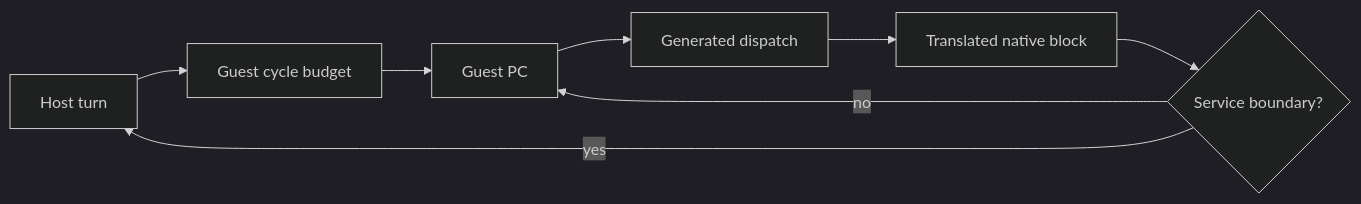
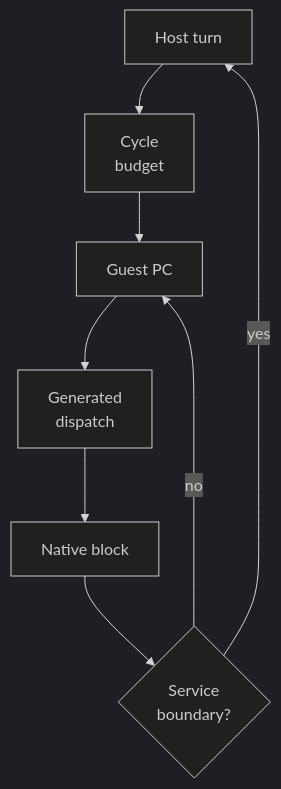
One commit to Aelbannan/boat_of_daphnes changed the second of 2 diagrams in docs/architecture/runtime/GameModule.md. Above: the diagram before and after it, drawn with Mermaid (dark theme). The commit also changed other lines of this file and 6 other files, not shown here.

Commit message:
docs: prevent runtime diagram truncation

````diff
--- a/docs/architecture/runtime/GameModule.md
+++ b/docs/architecture/runtime/GameModule.md
@@ -60,13 +60,13 @@
 ```mermaid
-flowchart LR
+flowchart TD
     Host["Host turn"]
-    Budget["Guest cycle budget"]
+    Budget["Cycle<br/>budget"]
     PC["Guest PC"]
-    Dispatch["Generated dispatch"]
-    Native["Translated native block"]
-    Boundary{"Service boundary?"}
+    Dispatch["Generated<br/>dispatch"]
+    Native["Native block"]
+    Boundary{"Service<br/>boundary?"}
 
     Host --> Budget --> PC --> Dispatch --> Native --> Boundary
     Boundary -->|"no"| PC
     Boundary -->|"yes"| Host
 ```
````
